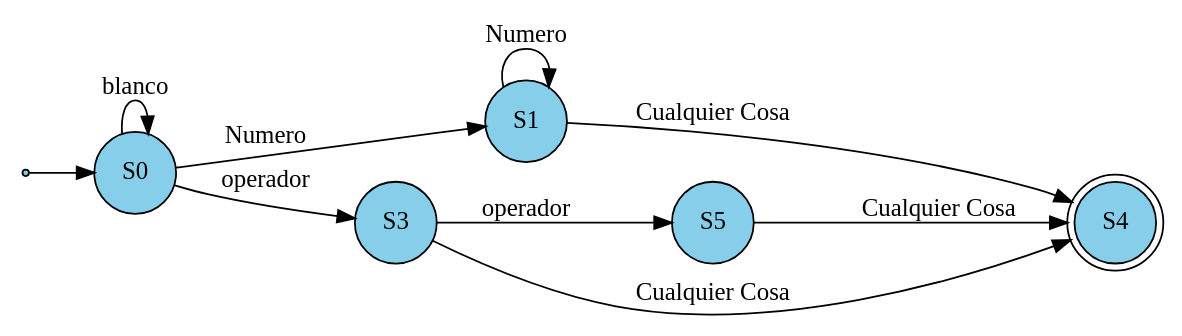
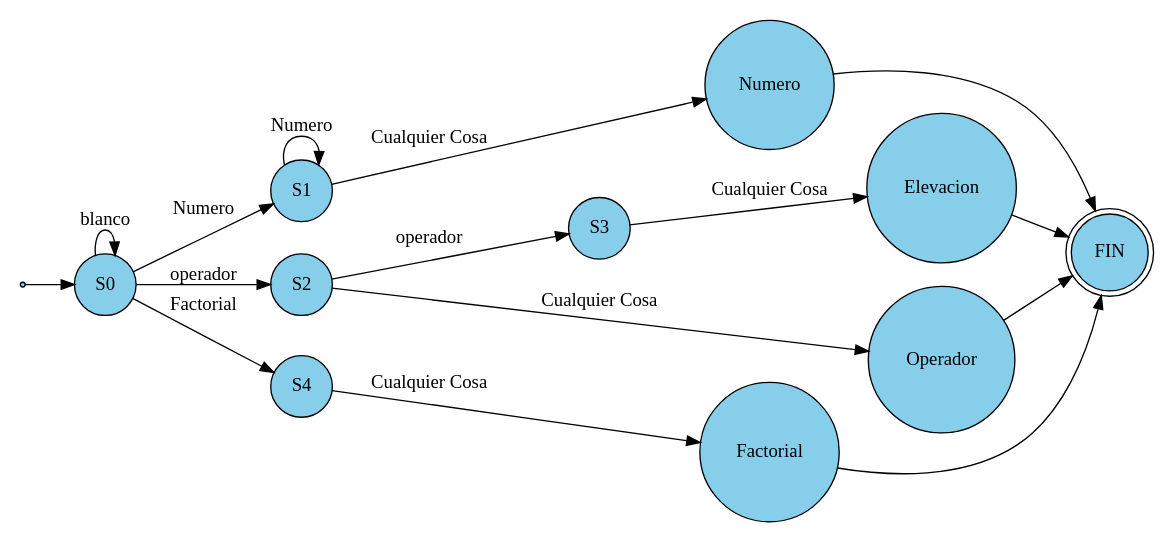
The diagram in extras/grafo.dot (EdgarJonathan123/Juego-Matematico-), drawn with Graphviz before and after one commit. The commit also changed 8 other files, not shown here.

```diff
--- a/extras/grafo.dot
+++ b/extras/grafo.dot
@@ -1,29 +1,36 @@
 digraph g {
 
     rankdir=LR;
     size="8,5"
 
     node [style=filled, fillcolor=skyblue ,color=black]
     node [shape = point]; qi
     node [shape = circle];
 
     qi -> S0;
 
     S0  -> S0 [ label="blanco"]
     S0  -> S1 [ label = "Numero" ];
     S1  -> S1 [ label = "Numero" ];
-    S0  -> S3  [ label ="operador" ];
-    S3  -> S5  [ label ="operador" ];
+    S0  -> S2  [ label ="operador" ];
+    S2  -> S3  [ label ="operador" ];
+    S0  -> S4  [ label ="Factorial" ];
 
-    node [shape = doublecircle]; S4;
     
-    S5  -> S4  [ label="Cualquier Cosa" ];
-    S3  -> S4  [ label ="Cualquier Cosa" ];
-    S1  -> S4 [ label = "Cualquier Cosa" ];
+    S4  -> Factorial  [ label ="Cualquier Cosa" ]
+    S3  -> Elevacion  [ label ="Cualquier Cosa" ];
+    S2  -> Operador  [ label ="Cualquier Cosa" ];
+    S1  -> Numero [ label = "Cualquier Cosa" ];
+
+    node [shape = doublecircle];
+    Numero -> FIN
+    Elevacion -> FIN
+    Operador  -> FIN
+    Factorial -> FIN
     
 
 
 
 
 
 }
```
